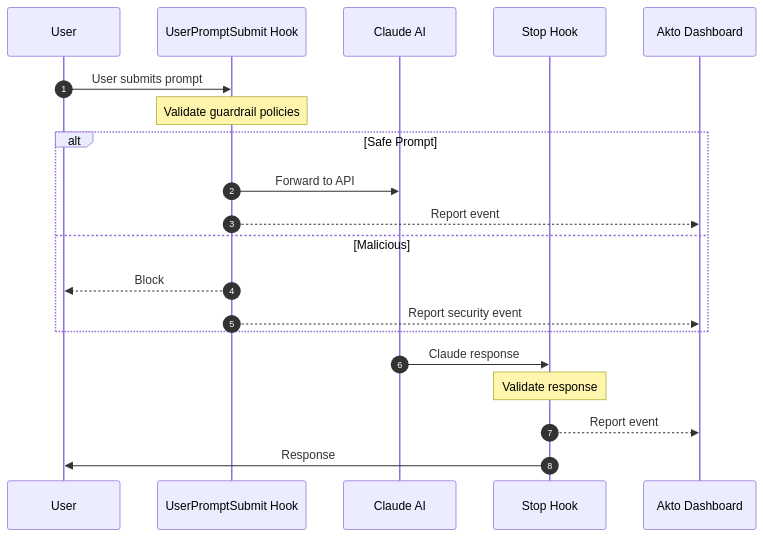
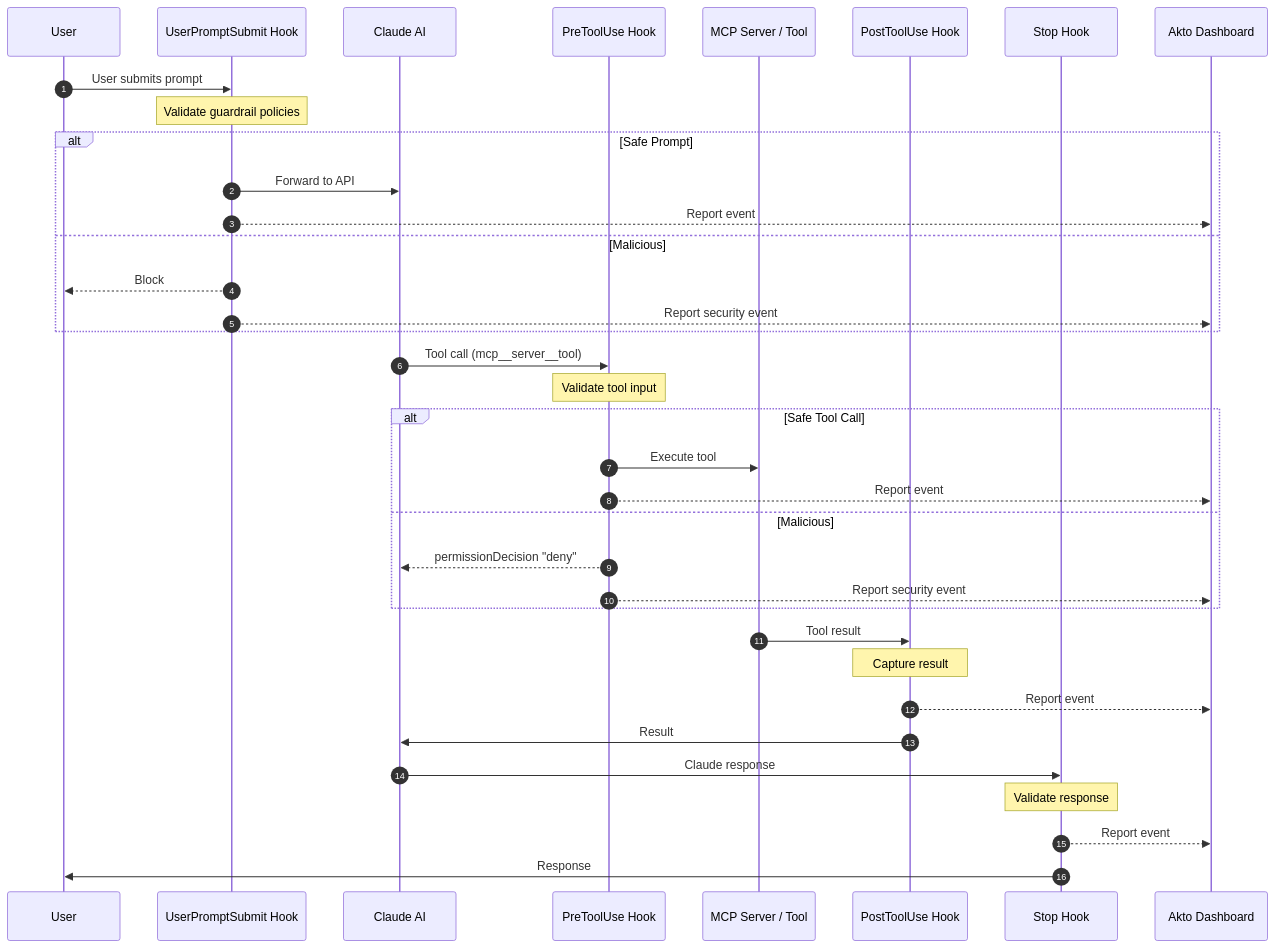
Before and after one commit to akto-api-security/Documentation: the diagram in akto-atlas-agentic-ai-security-for-employee-endpoints/endpoints-discovery-agents/claude-cli-hooks.md, drawn with Mermaid. The commit also changed other lines of this file, not shown here.

Commit message:
feat: add mcp servers hooks

````diff
--- a/akto-atlas-agentic-ai-security-for-employee-endpoints/endpoints-discovery-agents/claude-cli-hooks.md
+++ b/akto-atlas-agentic-ai-security-for-employee-endpoints/endpoints-discovery-agents/claude-cli-hooks.md
@@ -18,24 +19,42 @@
 ```mermaid
 sequenceDiagram
     autonumber
     participant User
     participant PromptHook as UserPromptSubmit Hook
     participant Claude as Claude AI
+    participant PreTool as PreToolUse Hook
+    participant MCP as MCP Server / Tool
+    participant PostTool as PostToolUse Hook
     participant ResponseHook as Stop Hook
     participant Akto as Akto Dashboard
 
     User->>PromptHook: User submits prompt
     Note over PromptHook: Validate guardrail policies
     alt Safe Prompt
         PromptHook->>Claude: Forward to API
         PromptHook-->>Akto: Report event
     else Malicious
         PromptHook-->>User: Block
         PromptHook-->>Akto: Report security event
     end
 
+    Claude->>PreTool: Tool call (mcp__server__tool)
+    Note over PreTool: Validate tool input
+    alt Safe Tool Call
+        PreTool->>MCP: Execute tool
+        PreTool-->>Akto: Report event
+    else Malicious
+        PreTool-->>Claude: permissionDecision "deny"
+        PreTool-->>Akto: Report security event
+    end
+
+    MCP->>PostTool: Tool result
+    Note over PostTool: Capture result
+    PostTool-->>Akto: Report event
+    PostTool->>Claude: Result
+
     Claude->>ResponseHook: Claude response
     Note over ResponseHook: Validate response
     ResponseHook-->>Akto: Report event
     ResponseHook->>User: Response
 ```
````
